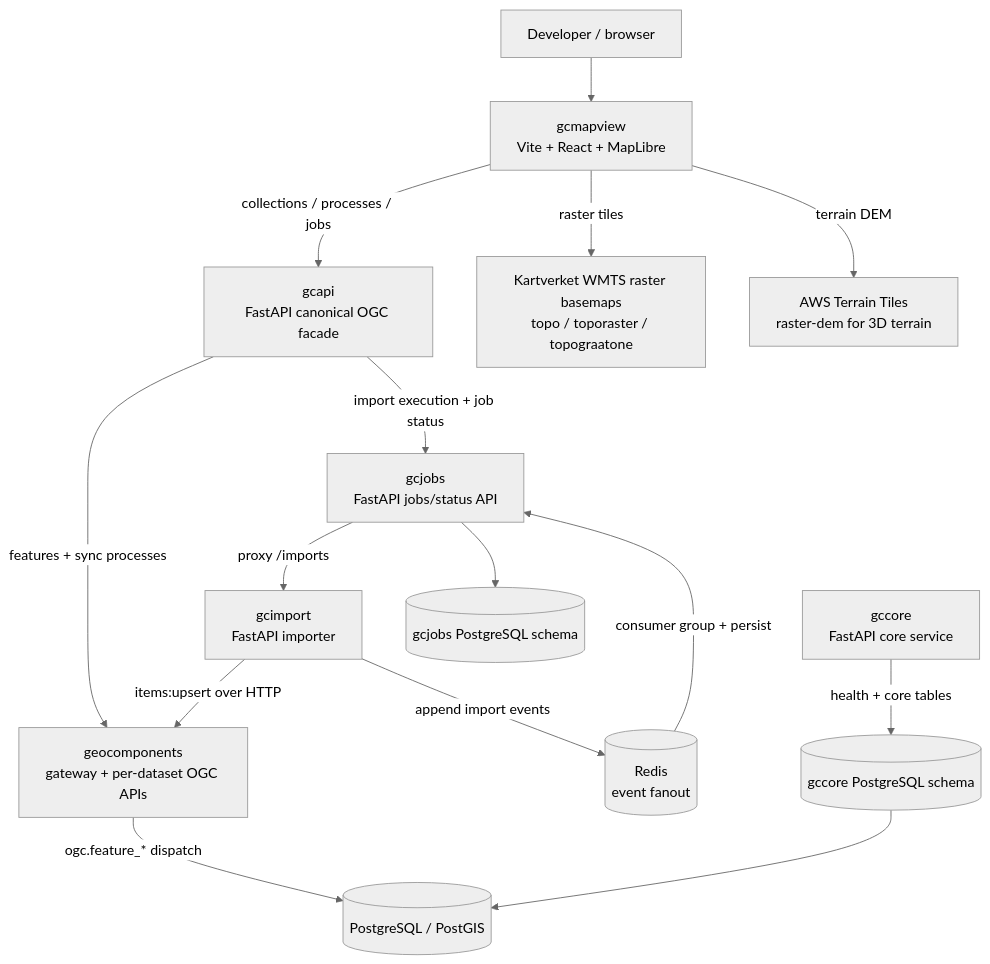
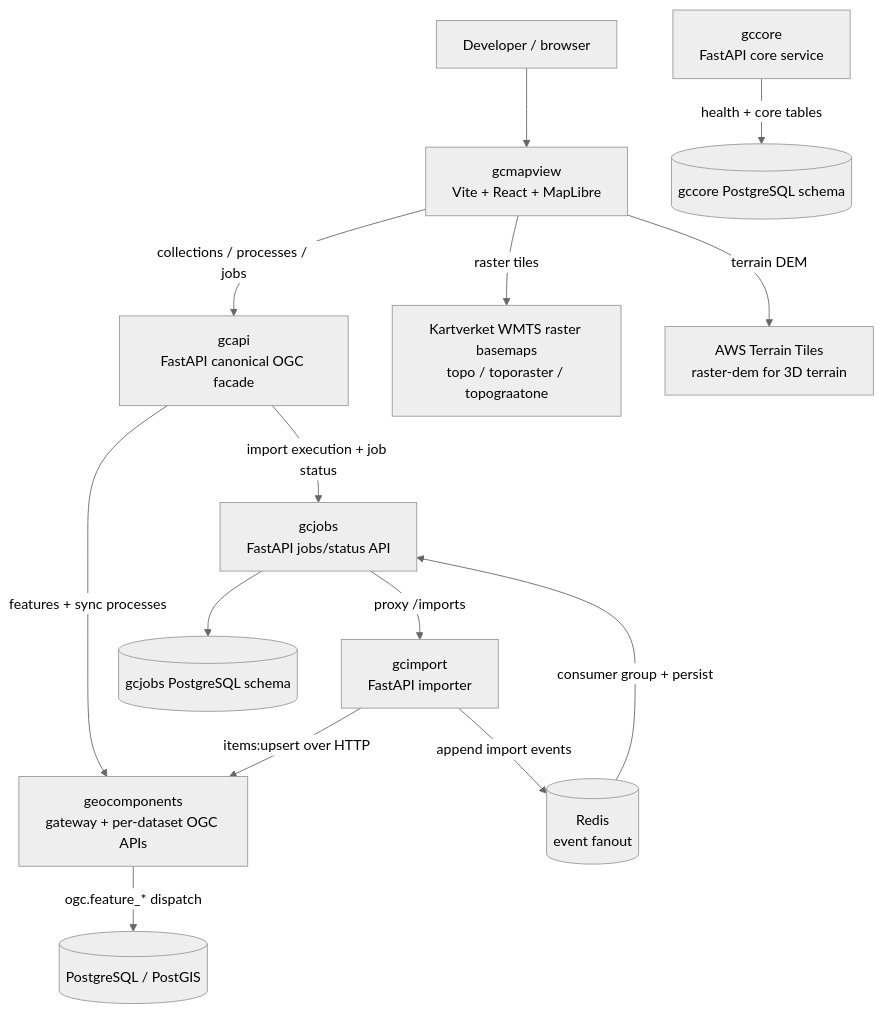
Before and after one commit to kartverket/topografisk-gdb-api: the first of 10 diagrams in docs/ARCHITECTURE.md, drawn with Mermaid (neutral theme).

Commit message:
remove unused edge

````diff
--- a/docs/ARCHITECTURE.md
+++ b/docs/ARCHITECTURE.md
@@ -13,31 +13,30 @@
 ```mermaid
 flowchart TB
   User["Developer / browser"]
   FE["gcmapview<br/>Vite + React + MapLibre"]
   GCAPI["gcapi<br/>FastAPI canonical OGC facade"]
   IMP["gcimport<br/>FastAPI importer"]
   JOBS["gcjobs<br/>FastAPI jobs/status API"]
   CORE["gccore<br/>FastAPI core service"]
   API["geocomponents<br/>gateway + per-dataset OGC APIs"]
   REDIS[("Redis<br/>event fanout")]
   DB[("PostgreSQL / PostGIS")]
   JOBDB[("gcjobs PostgreSQL schema")]
   COREDB[("gccore PostgreSQL schema")]
   BASE["Kartverket WMTS raster basemaps<br/>topo / toporaster / topograatone"]
   TERRAIN["AWS Terrain Tiles<br/>raster-dem for 3D terrain"]
 
   User --> FE
   FE -->|collections / processes / jobs| GCAPI
   FE -->|raster tiles| BASE
   FE -->|terrain DEM| TERRAIN
   GCAPI -->|features + sync processes| API
   GCAPI -->|import execution + job status| JOBS
   JOBS -->|proxy /imports| IMP
   IMP -->|items:upsert over HTTP| API
   IMP -->|append import events| REDIS
   REDIS -->|consumer group + persist| JOBS
   API -->|ogc.feature_* dispatch| DB
   JOBS --> JOBDB
   CORE -->|health + core tables| COREDB
-  COREDB --> DB
 ```
````
